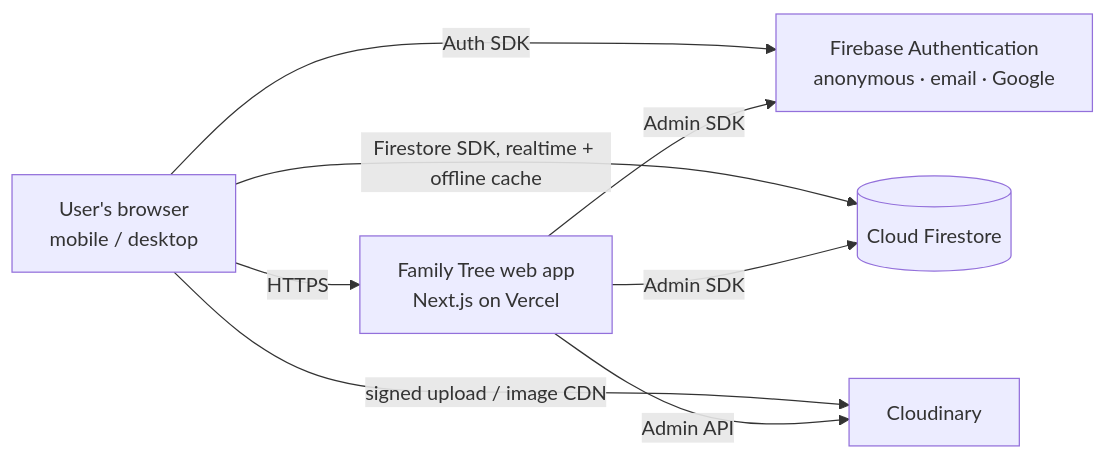
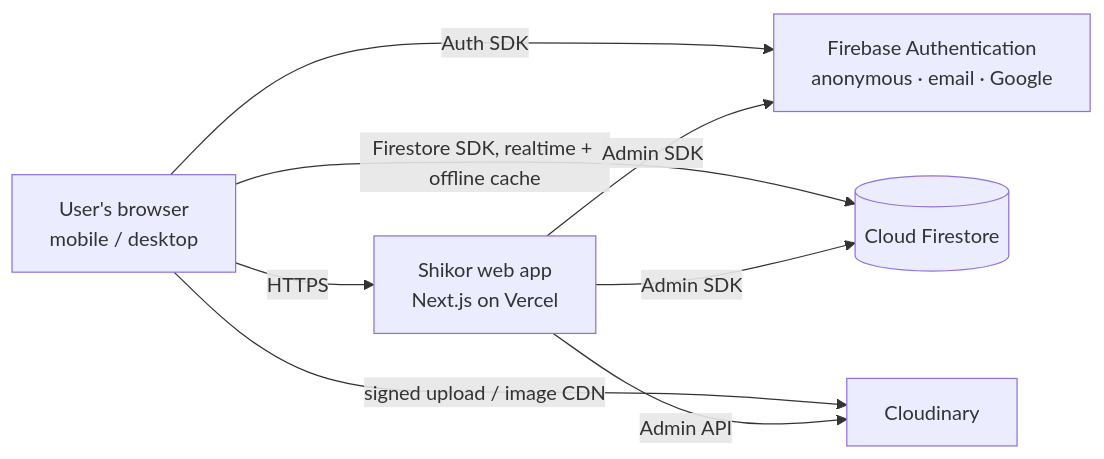
The first of 2 diagrams in docs/SRS.md (redwanhasan980/Family-Tree), drawn with Mermaid before and after one commit. The commit also changed other lines of this file and 6 other files, not shown here.

````diff
--- a/docs/SRS.md
+++ b/docs/SRS.md
@@ -129,10 +131,10 @@
 ```mermaid
 flowchart LR
-    U[User's browser<br/>mobile / desktop] -->|HTTPS| APP[Family Tree web app<br/>Next.js on Vercel]
+    U[User's browser<br/>mobile / desktop] -->|HTTPS| APP[Shikor web app<br/>Next.js on Vercel]
     U -->|Auth SDK| AUTH[Firebase Authentication<br/>anonymous · email · Google]
     U -->|Firestore SDK, realtime + offline cache| FS[(Cloud Firestore)]
     U -->|signed upload / image CDN| CL[Cloudinary]
     APP -->|Admin SDK| AUTH
     APP -->|Admin SDK| FS
     APP -->|Admin API| CL
 ```
````
